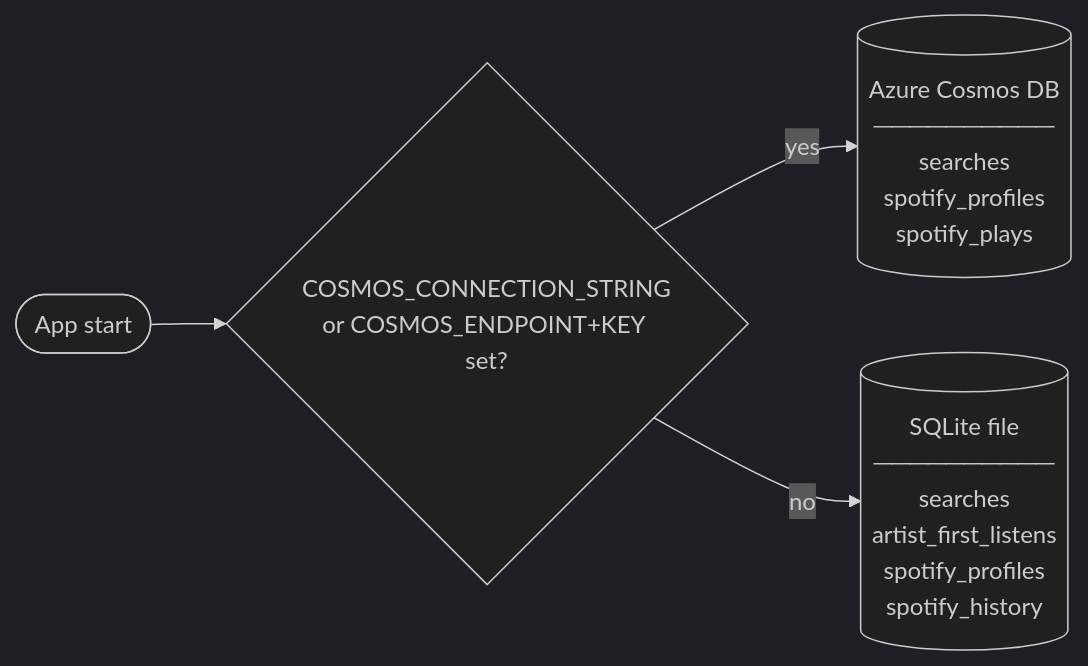
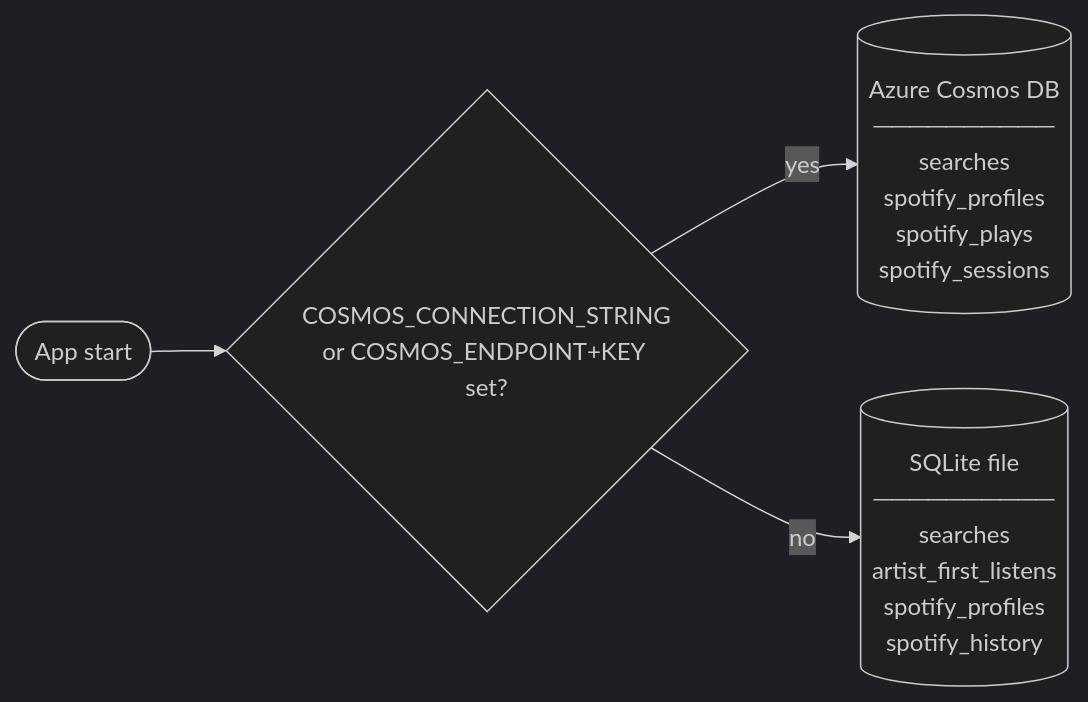
Before and after one commit to jetzlstorfer/lastfm-timetraveler: the third of 4 diagrams in README.md, drawn with Mermaid (dark theme). The commit also changed other lines of this file and 1 other file, not shown here.

Commit message:
docs: update README and Copilot instructions to include Spotify sessions in Azure Cosmos DB

````diff
--- a/README.md
+++ b/README.md
@@ -174,6 +174,6 @@
 ```mermaid
 flowchart LR
   start([App start]) --> check{COSMOS_CONNECTION_STRING<br/>or COSMOS_ENDPOINT+KEY set?}
-  check -- yes --> cosmos[("Azure Cosmos DB<br/>──────────<br/>searches<br/>spotify_profiles<br/>spotify_plays")]
+  check -- yes --> cosmos[("Azure Cosmos DB<br/>──────────<br/>searches<br/>spotify_profiles<br/>spotify_plays<br/>spotify_sessions")]
   check -- no --> sqlite[("SQLite file<br/>──────────<br/>searches<br/>artist_first_listens<br/>spotify_profiles<br/>spotify_history")]
 ```
````
